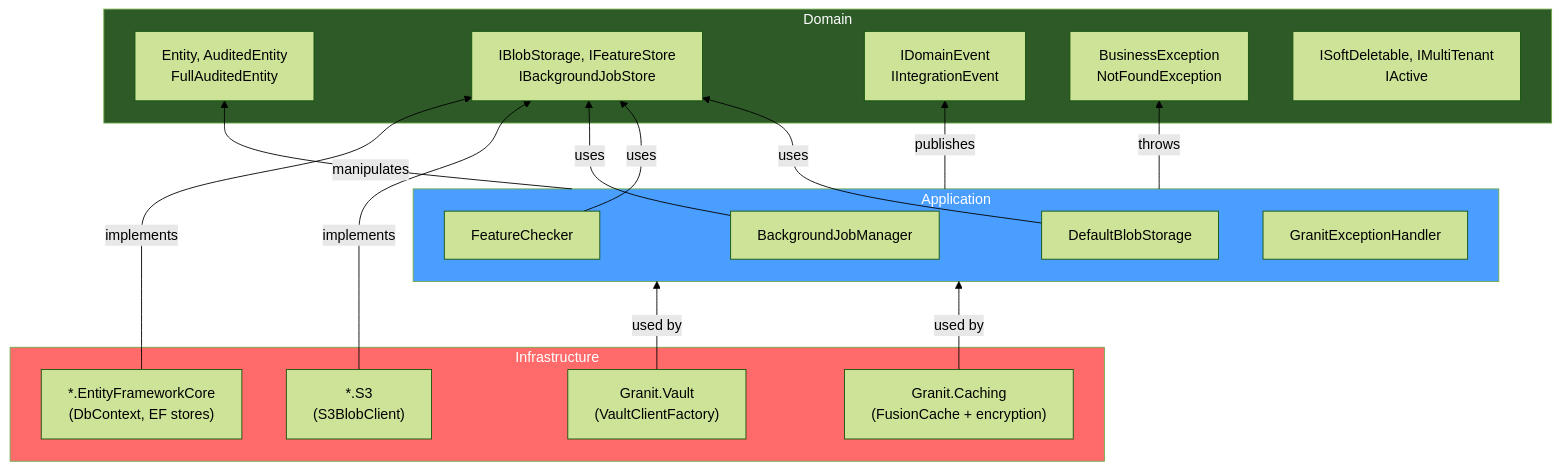
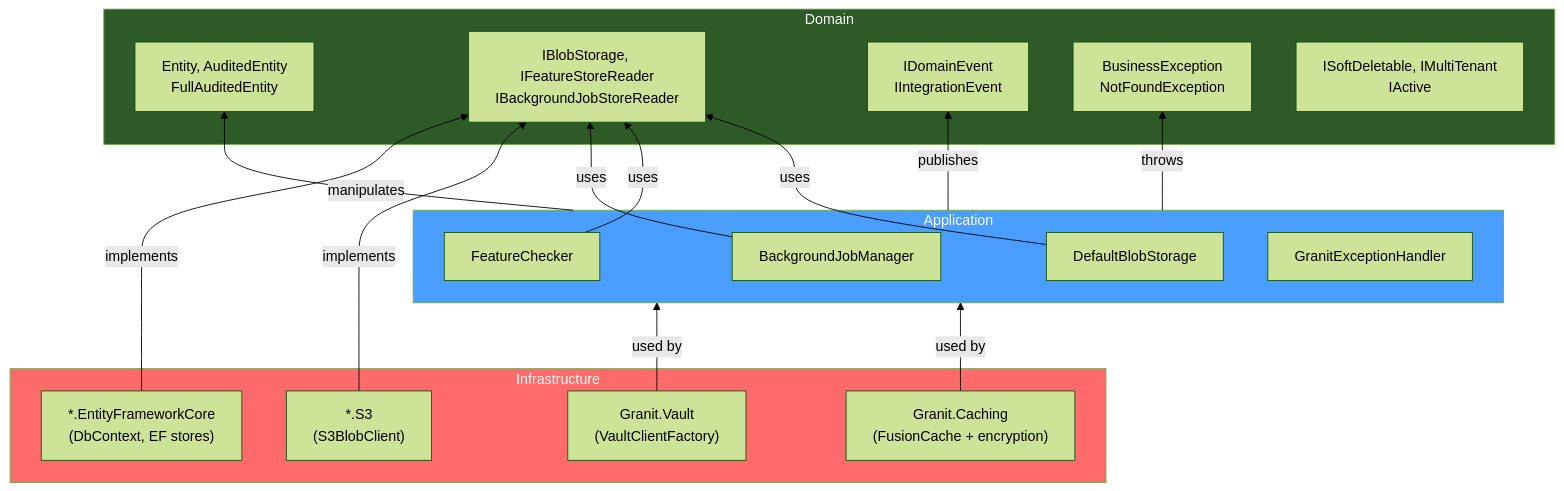
One commit to granit-fx/granit-docs changed the diagram in src/content/docs/dotnet/architecture/patterns/layered-architecture.md. Above: the diagram before and after it, drawn with Mermaid (forest theme). The commit also changed other lines of this file and 40 other files, not shown here.

First line of the commit message:
fix(docs): fix uncompilable calls, diagram types and dead source links

````diff
--- a/src/content/docs/dotnet/architecture/patterns/layered-architecture.md
+++ b/src/content/docs/dotnet/architecture/patterns/layered-architecture.md
@@ -23,41 +23,41 @@
 ```mermaid
 flowchart BT
     subgraph Infrastructure
         EF["*.EntityFrameworkCore<br/>(DbContext, EF stores)"]
         S3["*.S3<br/>(S3BlobClient)"]
         VAULT["Granit.Vault<br/>(VaultClientFactory)"]
         CACHE["Granit.Caching<br/>(FusionCache + encryption)"]
     end
 
     subgraph Application
         BM["BackgroundJobManager"]
         FC["FeatureChecker"]
         BS["DefaultBlobStorage"]
         EH["GranitExceptionHandler"]
     end
 
     subgraph Domain
         ENT["Entity, AuditedEntity<br/>FullAuditedEntity"]
-        INT["IBlobStorage, IFeatureStore<br/>IBackgroundJobStore"]
+        INT["IBlobStorage, IFeatureStoreReader<br/>IBackgroundJobStoreReader"]
         EVT["IDomainEvent<br/>IIntegrationEvent"]
         EXC["BusinessException<br/>NotFoundException"]
         MRK["ISoftDeletable, IMultiTenant<br/>IActive"]
     end
 
     EF -->|implements| INT
     S3 -->|implements| INT
     VAULT -->|used by| Application
     CACHE -->|used by| Application
 
     BM -->|uses| INT
     FC -->|uses| INT
     BS -->|uses| INT
 
     Application -->|manipulates| ENT
     Application -->|publishes| EVT
     Application -->|throws| EXC
 
     style Domain fill:#2d5a27,color:#fff
     style Application fill:#4a9eff,color:#fff
     style Infrastructure fill:#ff6b6b,color:#fff
 ```
````
